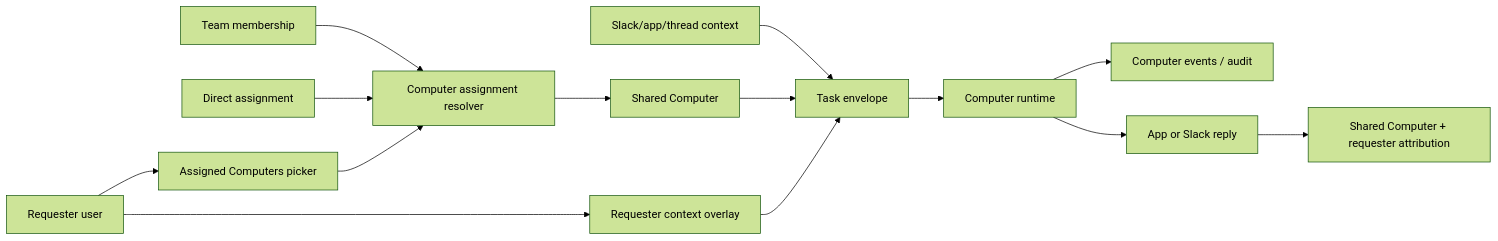
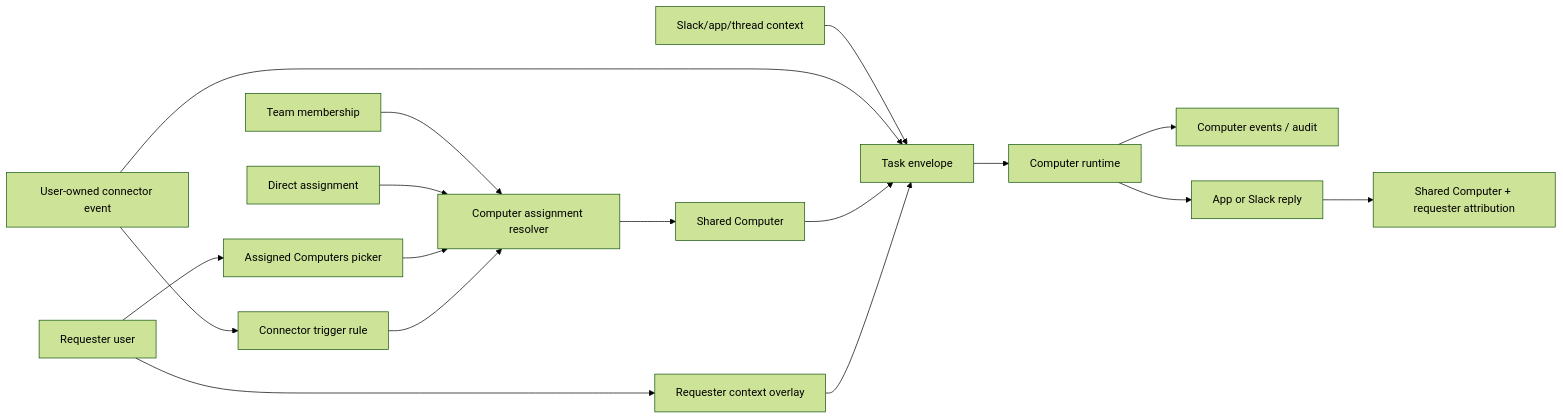
The diagram in docs/plans/2026-05-17-001-feat-shared-computers-reframe-plan.md (thinkwork-ai/thinkwork), drawn with Mermaid (forest theme) before and after one commit. The commit also changed other lines of this file and 1 other file, not shown here.

First line of the commit message:
docs: plan personal connector triggers for shared computers (#1333)

````diff
--- a/docs/plans/2026-05-17-001-feat-shared-computers-reframe-plan.md
+++ b/docs/plans/2026-05-17-001-feat-shared-computers-reframe-plan.md
@@ -138,16 +150,19 @@
 ```mermaid
 flowchart LR
   User["Requester user"] --> Picker["Assigned Computers picker"]
   Team["Team membership"] --> Access["Computer assignment resolver"]
   Direct["Direct assignment"] --> Access
   Picker --> Access
   Access --> Computer["Shared Computer"]
   User --> RequesterContext["Requester context overlay"]
   Slack["Slack/app/thread context"] --> Envelope["Task envelope"]
+  Connector["User-owned connector event"] --> Trigger["Connector trigger rule"]
+  Trigger --> Access
+  Connector --> Envelope
   Computer --> Envelope
   RequesterContext --> Envelope
   Envelope --> Runtime["Computer runtime"]
   Runtime --> Audit["Computer events / audit"]
   Runtime --> Reply["App or Slack reply"]
   Reply --> Attribution["Shared Computer + requester attribution"]
 ```
````
